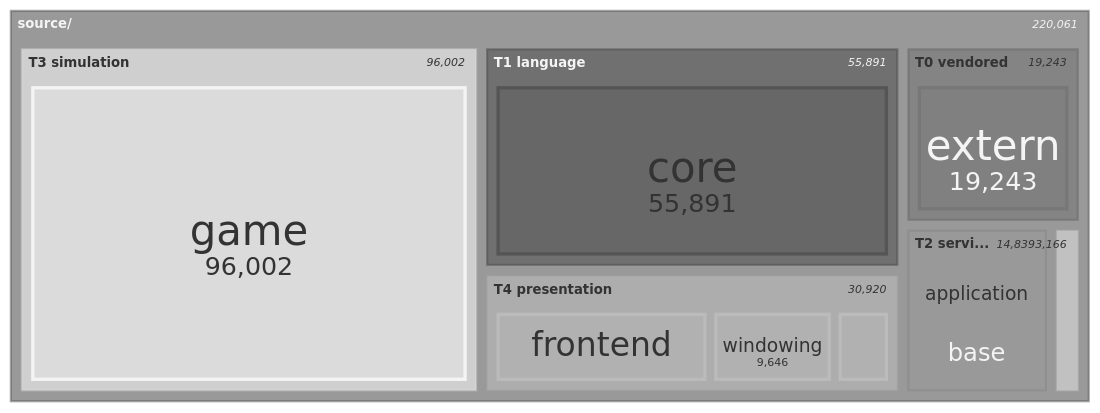
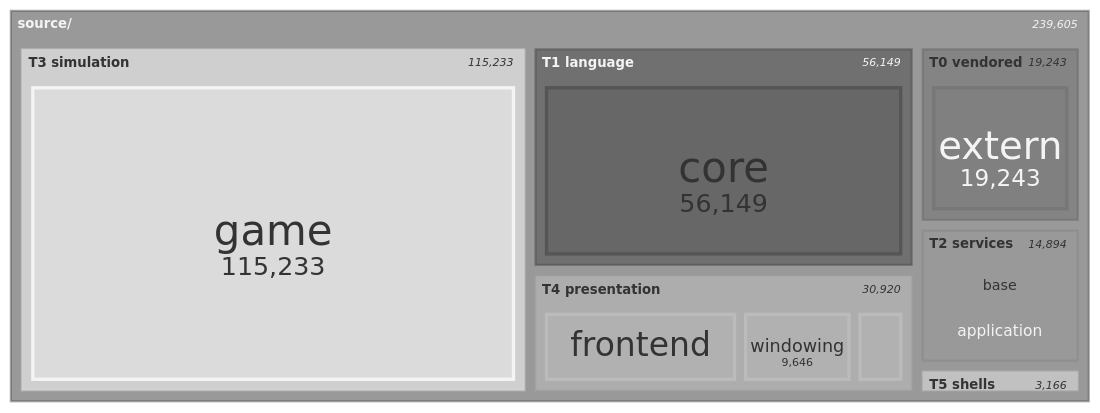
One commit to apnex/OpenStarbound changed the seventh of 11 diagrams in docs/architecture/system-boundaries.md. Above: the diagram before and after it, drawn with Mermaid (neutral theme). The commit also changed other lines of this file and 3 other files, not shown here.

````diff
--- a/docs/architecture/system-boundaries.md
+++ b/docs/architecture/system-boundaries.md
@@ -384,21 +441,21 @@
 ```mermaid
 treemap-beta
 "source/"
     "T0 vendored"
         "extern": 19243
     "T1 language"
-        "core": 55891
+        "core": 56149
     "T2 services"
+        "base": 7380
         "application": 7372
-        "base": 7325
         "platform": 142
     "T3 simulation"
-        "game": 96002
+        "game": 115233
     "T4 presentation"
         "frontend": 16861
         "windowing": 9646
         "rendering": 4413
     "T5 shells"
         "client": 2383
         "server": 783
 ```
````
